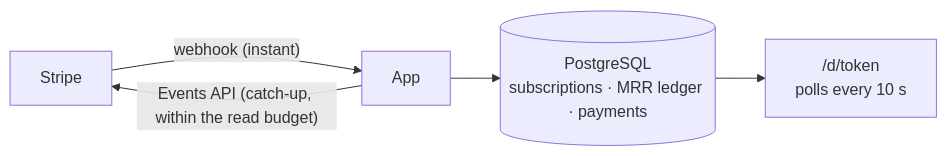
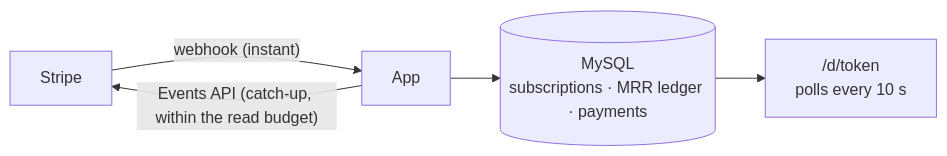
Before and after one commit to Synapsr/SaaS-Monitor: the diagram in README.md, drawn with Mermaid. The commit also changed other lines of this file and 3 other files, not shown here.

````diff
--- a/README.md
+++ b/README.md
@@ -81,7 +81,7 @@
 ```mermaid
 flowchart LR
   Stripe -- "webhook (instant)" --> App
   App -- "Events API (catch-up, within the read budget)" --> Stripe
-  App --> DB[(PostgreSQL<br/>subscriptions · MRR ledger · payments)]
+  App --> DB[(MySQL<br/>subscriptions · MRR ledger · payments)]
   DB --> Screen["/d/token<br/>polls every 10 s"]
 ```
````
